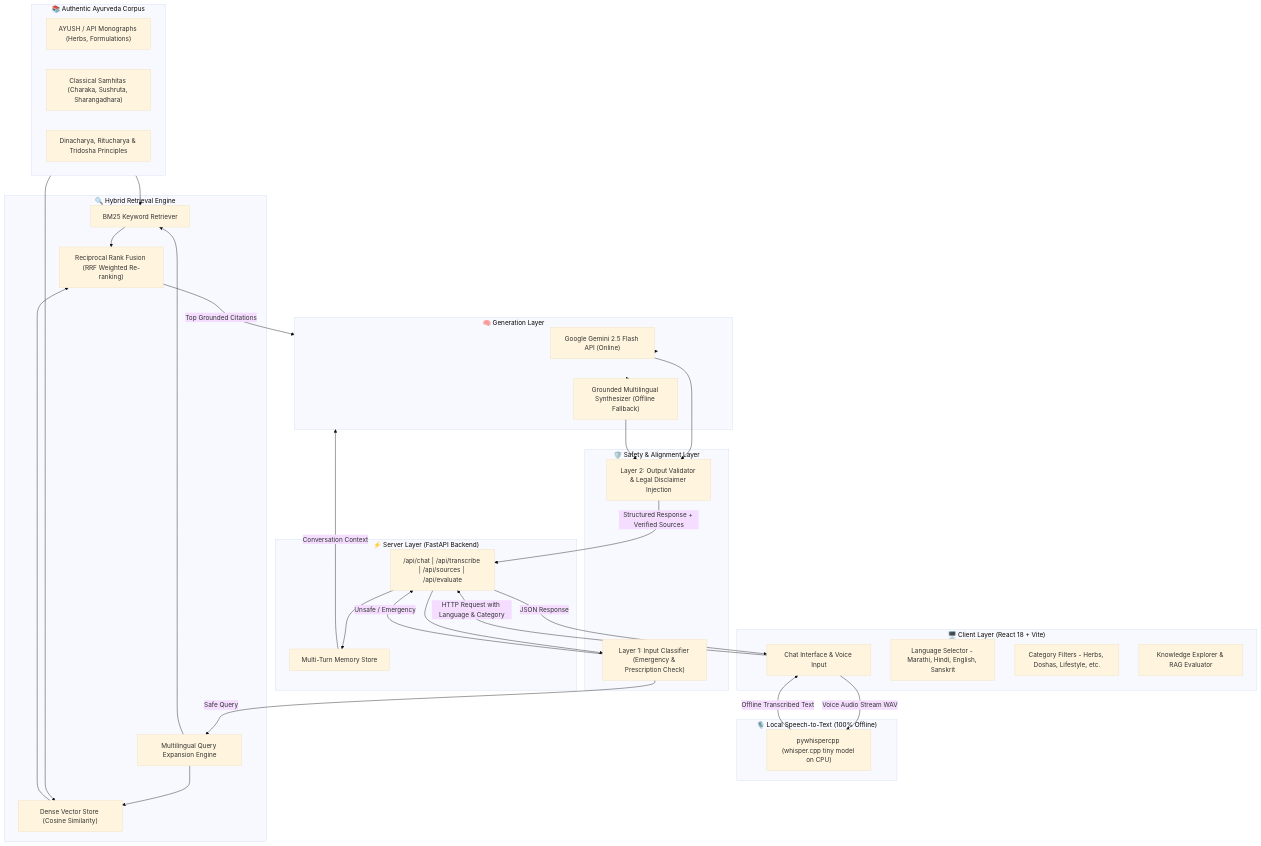
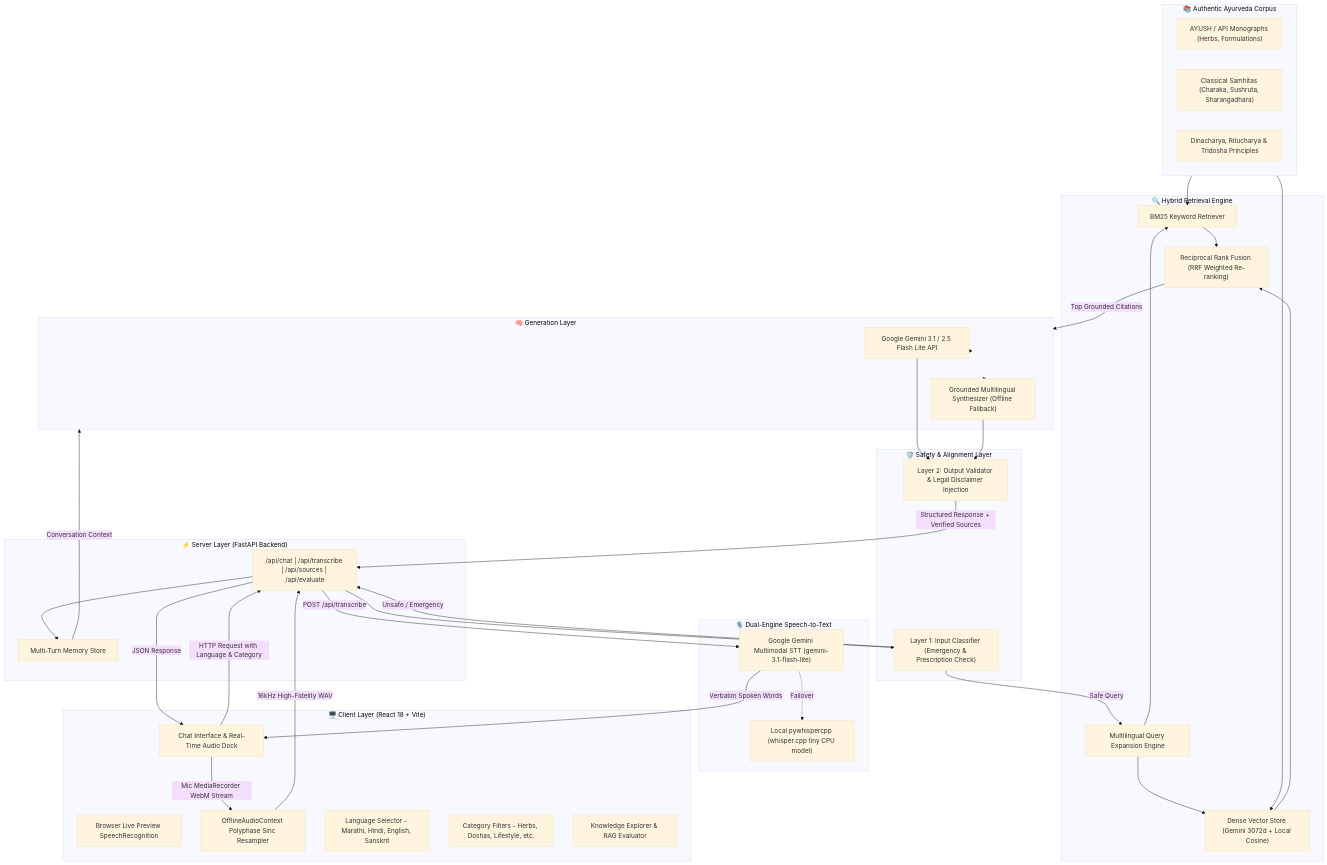
One commit to nidhi808/Ayurveda-Chatbot changed the first of 2 diagrams in README.md. Above: the diagram before and after it, drawn with Mermaid (base theme). The commit also changed other lines of this file, not shown here.

Commit message:
docs(readme): update system architecture, dual-engine voice recognition, and Gemini 3.1 setup

````diff
--- a/README.md
+++ b/README.md
@@ -58,63 +61,69 @@
 ```mermaid
 flowchart TB
     subgraph Frontend["🖥️ Client Layer (React 18 + Vite)"]
-        UI[Chat Interface & Voice Input]
+        UI[Chat Interface & Real-Time Audio Dock]
+        WebSpeech[Browser Live Preview SpeechRecognition]
+        AudioCtx[OfflineAudioContext Polyphase Sinc Resampler]
         LangSelect[Language Selector - Marathi, Hindi, English, Sanskrit]
         CatBar[Category Filters - Herbs, Doshas, Lifestyle, etc.]
         Modals[Knowledge Explorer & RAG Evaluator]
     end
 
     subgraph API["⚡ Server Layer (FastAPI Backend)"]
         Router["/api/chat | /api/transcribe | /api/sources | /api/evaluate"]
         Memory["Multi-Turn Memory Store"]
     end
 
     subgraph Guardrails["🛡️ Safety & Alignment Layer"]
         L1Safety["Layer 1: Input Classifier (Emergency & Prescription Check)"]
         L2Safety["Layer 2: Output Validator & Legal Disclaimer Injection"]
     end
 
-    subgraph SpeechEngine["🎙️ Local Speech-to-Text (100% Offline)"]
-        WhisperCpp["pywhispercpp (whisper.cpp tiny model on CPU)"]
+    subgraph SpeechEngine["🎙️ Dual-Engine Speech-to-Text"]
+        GeminiSTT["Google Gemini Multimodal STT (gemini-3.1-flash-lite)"]
+        WhisperCpp["Local pywhispercpp (whisper.cpp tiny CPU model)"]
     end
 
     subgraph RAG["🔍 Hybrid Retrieval Engine"]
         QExp["Multilingual Query Expansion Engine"]
         BM25["BM25 Keyword Retriever"]
-        Vector["Dense Vector Store (Cosine Similarity)"]
+        Vector["Dense Vector Store (Gemini 3072d + Local Cosine)"]
         RRF["Reciprocal Rank Fusion (RRF Weighted Re-ranking)"]
     end
 
     subgraph Generation["🧠 Generation Layer"]
-        Gemini["Google Gemini 2.5 Flash API (Online)"]
+        GeminiLLM["Google Gemini 3.1 / 2.5 Flash Lite API"]
         OfflineSynth["Grounded Multilingual Synthesizer (Offline Fallback)"]
     end
 
     subgraph Corpus["📚 Authentic Ayurveda Corpus"]
         AYUSH["AYUSH / API Monographs (Herbs, Formulations)"]
         Samhita["Classical Samhitas (Charaka, Sushruta, Sharangadhara)"]
         Life["Dinacharya, Ritucharya & Tridosha Principles"]
     end
 
-    UI -->|Voice Audio Stream WAV| WhisperCpp
-    WhisperCpp -->|Offline Transcribed Text| UI
+    UI -->|Mic MediaRecorder WebM Stream| AudioCtx
+    AudioCtx -->|16kHz High-Fidelity WAV| Router
+    Router -->|POST /api/transcribe| GeminiSTT
+    GeminiSTT -.->|Failover| WhisperCpp
+    GeminiSTT -->|Verbatim Spoken Words| UI
     UI -->|HTTP Request with Language & Category| Router
     Router --> Memory
     Router --> L1Safety
     L1Safety -->|Unsafe / Emergency| Router
     L1Safety -->|Safe Query| QExp
     QExp --> BM25
     QExp --> Vector
     Corpus --> BM25
     Corpus --> Vector
     BM25 --> RRF
     Vector --> RRF
     RRF -->|Top Grounded Citations| Generation
     Memory -->|Conversation Context| Generation
-    Generation --> Gemini
+    Generation --> GeminiLLM
     Generation --> OfflineSynth
-    Gemini --> L2Safety
+    GeminiLLM --> L2Safety
     OfflineSynth --> L2Safety
     L2Safety -->|Structured Response + Verified Sources| Router
     Router -->|JSON Response| UI
 ```
````
